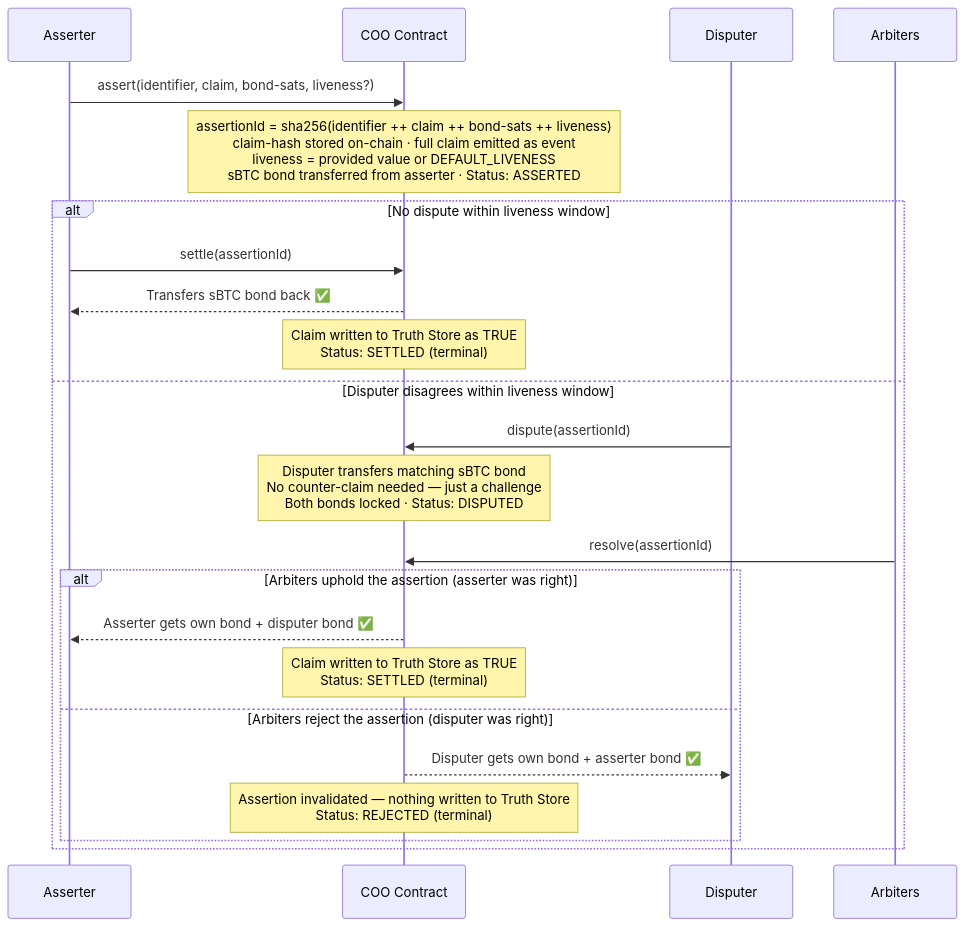
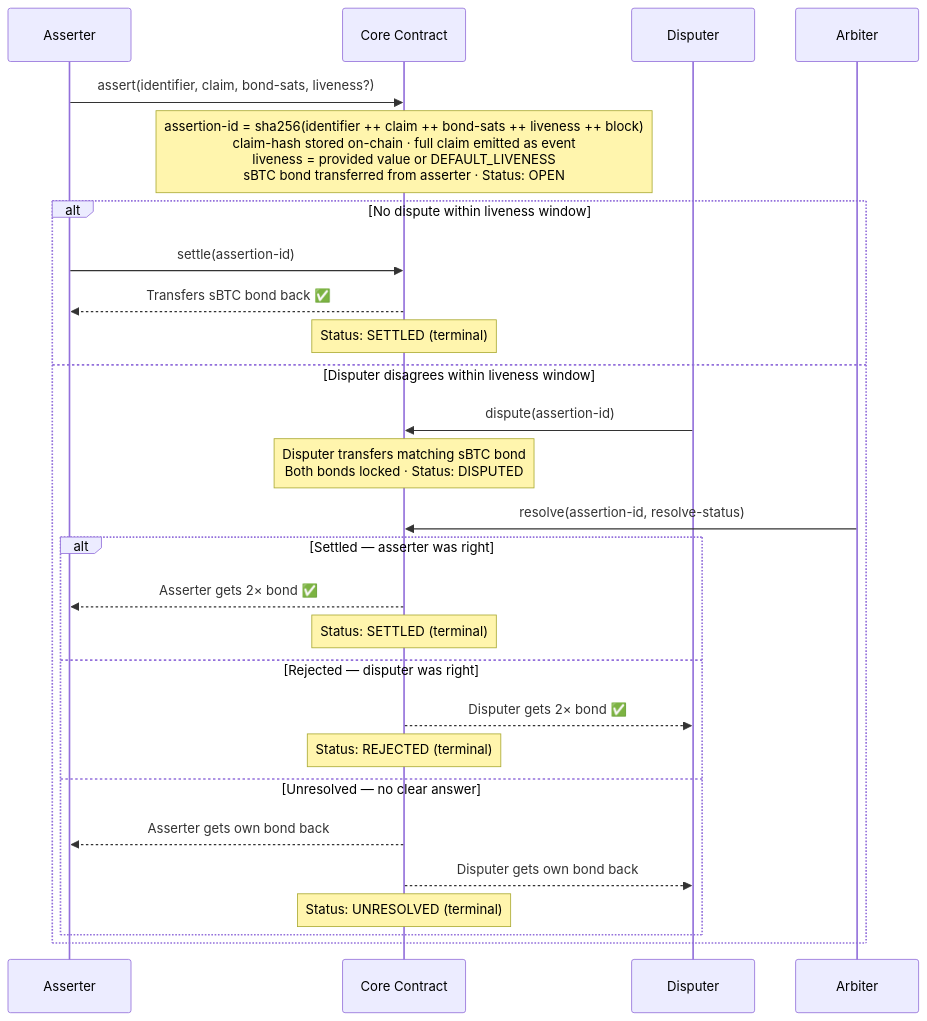
The first of 2 diagrams in docs/ARCHITECTURE.md (lucky-ivanius/coo), drawn with Mermaid before and after one commit. The commit also changed other lines of this file and 3 other files, not shown here.

````diff
--- a/docs/ARCHITECTURE.md
+++ b/docs/ARCHITECTURE.md
@@ -50,27 +139,31 @@
 ```mermaid
 sequenceDiagram
     participant A as Asserter
-    participant OO as COO Contract
+    participant C as Core Contract
     participant D as Disputer
-    participant G as Arbiters
+    participant G as Arbiter
 
-    A->>OO: assert(identifier, claim, bond-sats, liveness?)
-    Note over OO: assertionId = sha256(identifier ++ claim ++ bond-sats ++ liveness)<br/>claim-hash stored on-chain · full claim emitted as event<br/>liveness = provided value or DEFAULT_LIVENESS<br/>sBTC bond transferred from asserter · Status: ASSERTED
+    A->>C: assert(identifier, claim, bond-sats, liveness?)
+    Note over C: assertion-id = sha256(identifier ++ claim ++ bond-sats ++ liveness ++ block)<br/>claim-hash stored on-chain · full claim emitted as event<br/>liveness = provided value or DEFAULT_LIVENESS<br/>sBTC bond transferred from asserter · Status: OPEN
 
     alt No dispute within liveness window
-        A->>OO: settle(assertionId)
-        OO-->>A: Transfers sBTC bond back ✅
-        Note over OO: Claim written to Truth Store as TRUE<br/>Status: SETTLED (terminal)
+        A->>C: settle(assertion-id)
+        C-->>A: Transfers sBTC bond back ✅
+        Note over C: Status: SETTLED (terminal)
     else Disputer disagrees within liveness window
-        D->>OO: dispute(assertionId)
-        Note over OO: Disputer transfers matching sBTC bond<br/>No counter-claim needed — just a challenge<br/>Both bonds locked · Status: DISPUTED
-        G->>OO: resolve(assertionId)
-        alt Arbiters uphold the assertion (asserter was right)
-            OO-->>A: Asserter gets own bond + disputer bond ✅
-            Note over OO: Claim written to Truth Store as TRUE<br/>Status: SETTLED (terminal)
-        else Arbiters reject the assertion (disputer was right)
-            OO-->>D: Disputer gets own bond + asserter bond ✅
-            Note over OO: Assertion invalidated — nothing written to Truth Store<br/>Status: REJECTED (terminal)
+        D->>C: dispute(assertion-id)
+        Note over C: Disputer transfers matching sBTC bond<br/>Both bonds locked · Status: DISPUTED
+        G->>C: resolve(assertion-id, resolve-status)
+        alt Settled — asserter was right
+            C-->>A: Asserter gets 2× bond ✅
+            Note over C: Status: SETTLED (terminal)
+        else Rejected — disputer was right
+            C-->>D: Disputer gets 2× bond ✅
+            Note over C: Status: REJECTED (terminal)
+        else Unresolved — no clear answer
+            C-->>A: Asserter gets own bond back
+            C-->>D: Disputer gets own bond back
+            Note over C: Status: UNRESOLVED (terminal)
         end
     end
 ```
````
